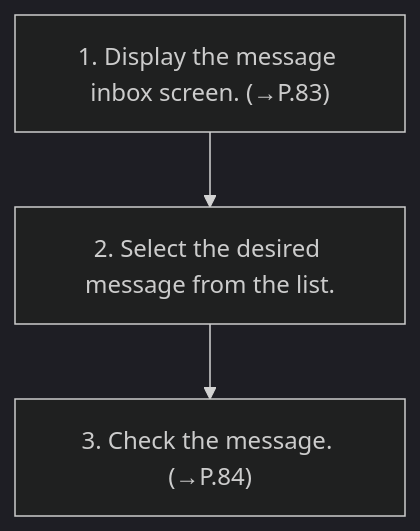
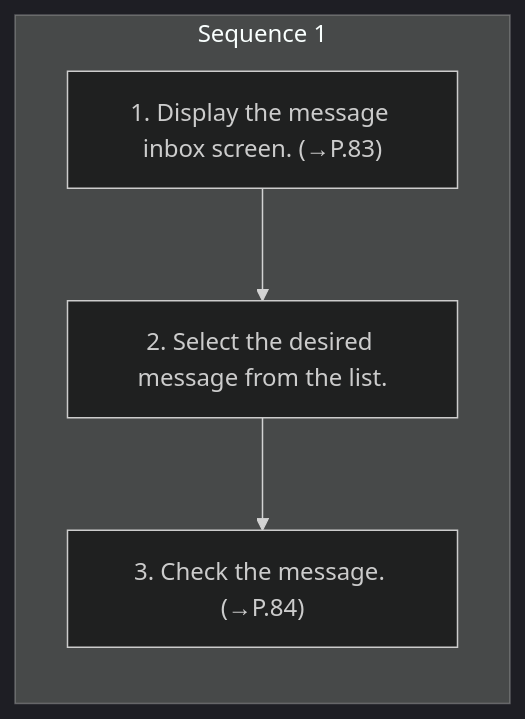
The diagram in workspace/subaru/outback-2026/ivi/published/phone/17-checking-messages.md (Chieko-Y/my-spec-generator), drawn with Mermaid (dark theme) before and after one commit. The commit also changed other lines of this file and 268 other files, not shown here.

````diff
--- a/workspace/subaru/outback-2026/ivi/published/phone/17-checking-messages.md
+++ b/workspace/subaru/outback-2026/ivi/published/phone/17-checking-messages.md
@@ -9,8 +9,11 @@
 ```mermaid
 flowchart TD
-    S1["1. Display the message inbox screen. (→P.83)"]
-    S2["2. Select the desired message from the list."]
-    S3["3. Check the message. (→P.84)"]
-    S1 --> S2
-    S2 --> S3
+    subgraph SEQ1["Sequence 1"]
+    direction TB
+    S1_1["1. Display the message inbox screen. (→P.83)"]
+    S1_2["2. Select the desired message from the list."]
+    S1_3["3. Check the message. (→P.84)"]
+    S1_1 --> S1_2
+    S1_2 --> S1_3
+    end
 ```
````
